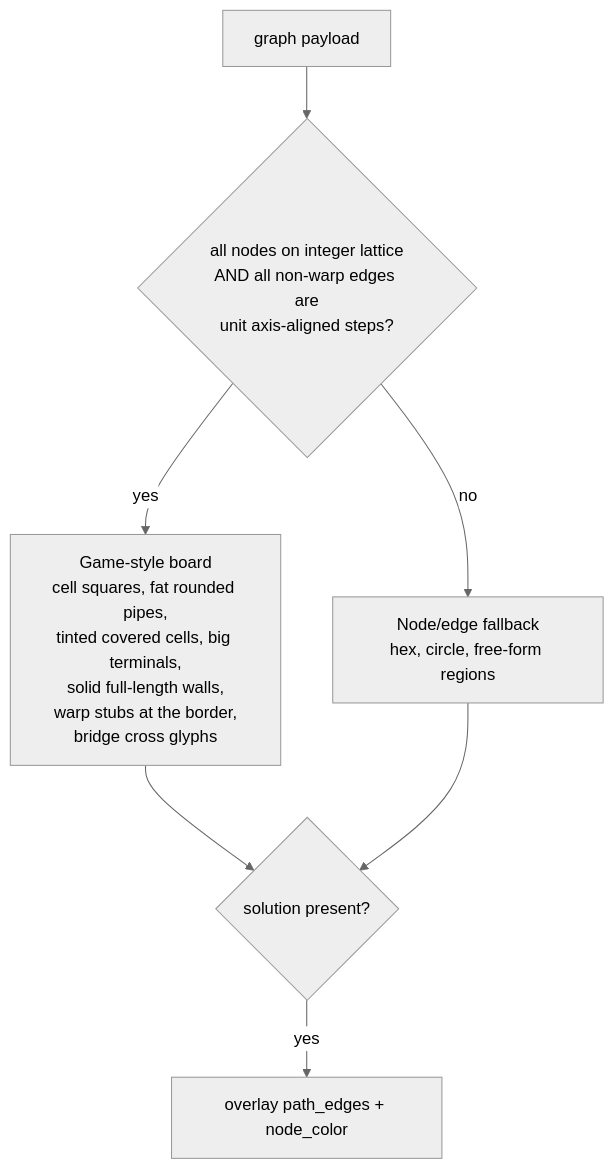
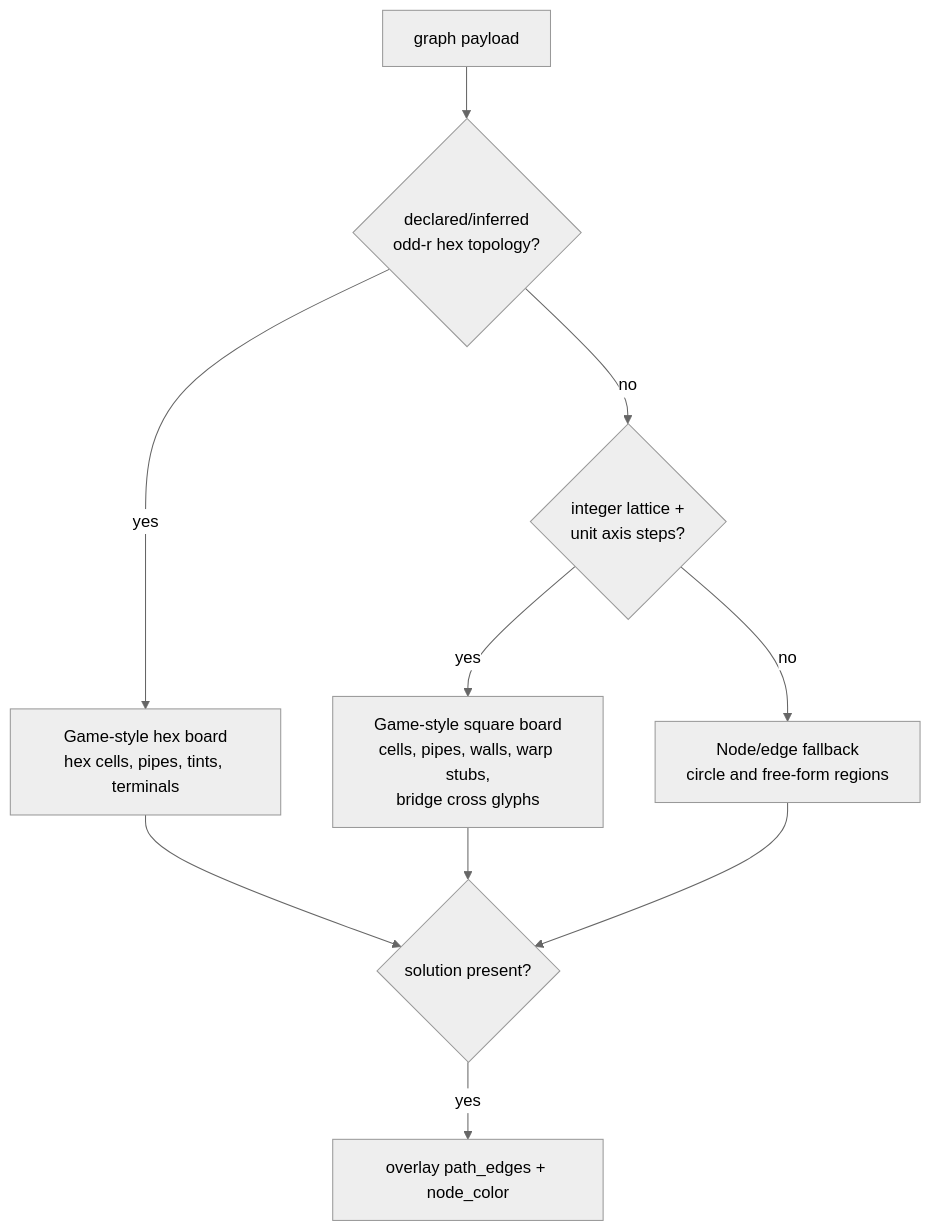
The seventh of 8 diagrams in docs/ARCHITECTURE.md (ksavill/universal-flow-game-solver), drawn with Mermaid (neutral theme) before and after one commit. The commit also changed other lines of this file and 45 other files, not shown here.

First line of the commit message:
feat: complete production readiness and solver roadmap

````diff
--- a/docs/ARCHITECTURE.md
+++ b/docs/ARCHITECTURE.md
@@ -238,8 +241,11 @@
 ```mermaid
 flowchart TB
-    G[graph payload] --> LAT{"all nodes on integer lattice<br/>AND all non-warp edges are<br/>unit axis-aligned steps?"}
-    LAT -->|yes| GAME["Game-style board<br/>cell squares, fat rounded pipes,<br/>tinted covered cells, big terminals,<br/>solid full-length walls,<br/>warp stubs at the border,<br/>bridge cross glyphs"]
-    LAT -->|no| FALL["Node/edge fallback<br/>hex, circle, free-form regions"]
+    G[graph payload] --> HEX{"declared/inferred<br/>odd-r hex topology?"}
+    HEX -->|yes| HGAME["Game-style hex board<br/>hex cells, pipes, tints, terminals"]
+    HEX -->|no| LAT{"integer lattice +<br/>unit axis steps?"}
+    LAT -->|yes| GAME["Game-style square board<br/>cells, pipes, walls, warp stubs,<br/>bridge cross glyphs"]
+    LAT -->|no| FALL["Node/edge fallback<br/>circle and free-form regions"]
+    HGAME --> SOLQ
     GAME & FALL --> SOLQ{solution present?}
     SOLQ -->|yes| OVER["overlay path_edges + node_color"]
 ```
````
